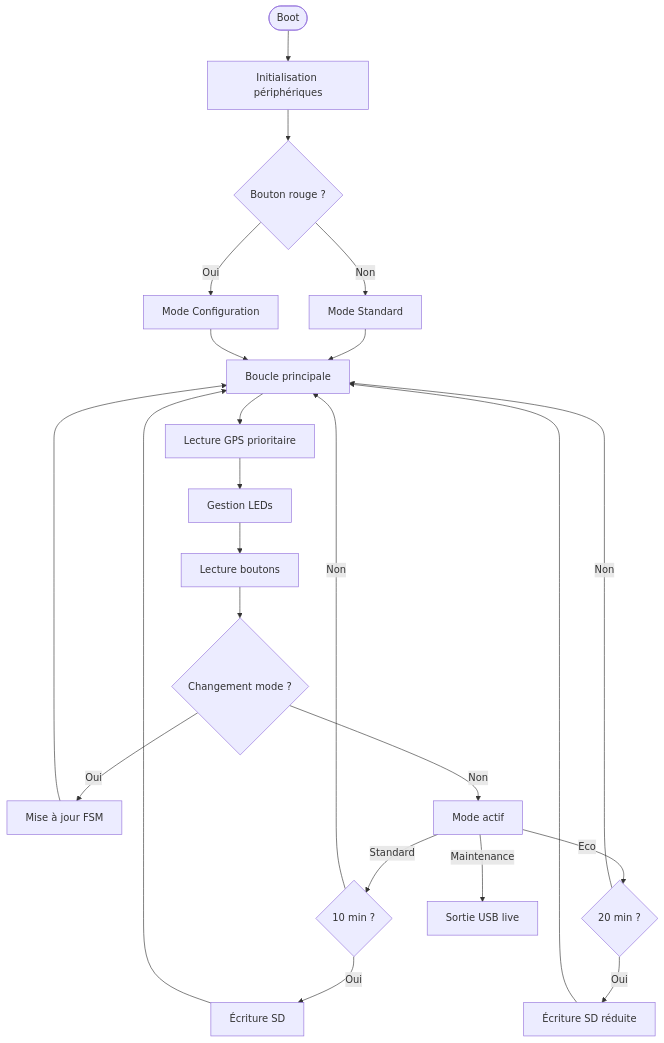
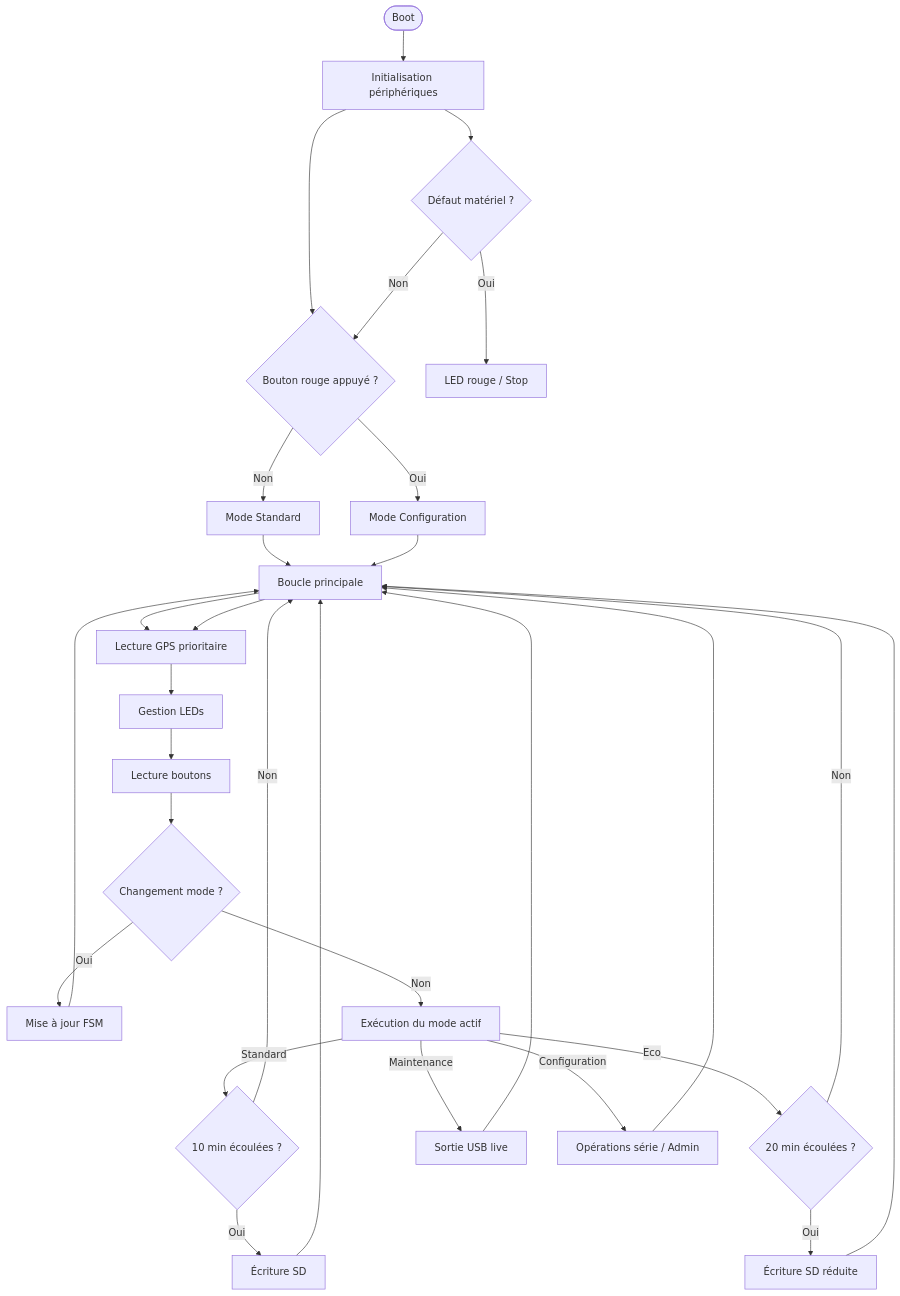
Before and after one commit to elmatador778/Worldwide-Weather-Watcher: the second of 3 diagrams in README.md, drawn with Mermaid. The commit also changed other lines of this file, not shown here.

````diff
--- a/README.md
+++ b/README.md
@@ -58,34 +58,51 @@
 ```mermaid
 flowchart TD
     START([Boot]) --> INIT[Initialisation périphériques]
-    INIT --> CHECK{Bouton rouge ?}
+    INIT --> CHECK{Bouton rouge appuyé ?}
 
     CHECK -- Oui --> CONFIG[Mode Configuration]
     CHECK -- Non --> STANDARD[Mode Standard]
 
     STANDARD --> LOOP[Boucle principale]
     CONFIG --> LOOP
 
     LOOP --> GPS[Lecture GPS prioritaire]
     GPS --> LED[Gestion LEDs]
     LED --> BTN[Lecture boutons]
 
     BTN --> MODE{Changement mode ?}
     MODE -- Oui --> SWITCH[Mise à jour FSM]
-    MODE -- Non --> EXEC[Mode actif]
+    MODE -- Non --> EXEC[Exécution du mode actif]
 
-    EXEC -- Standard --> TIMER1{10 min ?}
+    %% Mode Standard
+    EXEC -- Standard --> TIMER1{10 min écoulées ?}
     TIMER1 -- Oui --> SDWRITE[Écriture SD]
     TIMER1 -- Non --> LOOP
+    SDWRITE --> LOOP
 
-    EXEC -- Eco --> TIMER2{20 min ?}
+    %% Mode Eco
+    EXEC -- Eco --> TIMER2{20 min écoulées ?}
     TIMER2 -- Oui --> SDWRITE2[Écriture SD réduite]
     TIMER2 -- Non --> LOOP
+    SDWRITE2 --> LOOP
 
+    %% Mode Maintenance
     EXEC -- Maintenance --> SERIAL[Sortie USB live]
+    SERIAL --> LOOP
 
-    SDWRITE --> LOOP
-    SDWRITE2 --> LOOP
+    %% Mode Configuration
+    EXEC -- Configuration --> CONFIG_OPS[Opérations série / Admin]
+    CONFIG_OPS --> LOOP
+
+    %% Changement de mode
     SWITCH --> LOOP
 
+    %% Cas d'erreur
+    INIT --> ERREUR{Défaut matériel ?}
+    ERREUR -- Oui --> LED_ERR[LED rouge / Stop]
+    ERREUR -- Non --> CHECK
+
+    %% Boucle générale
+    LOOP --> GPS
+
 ```
````
